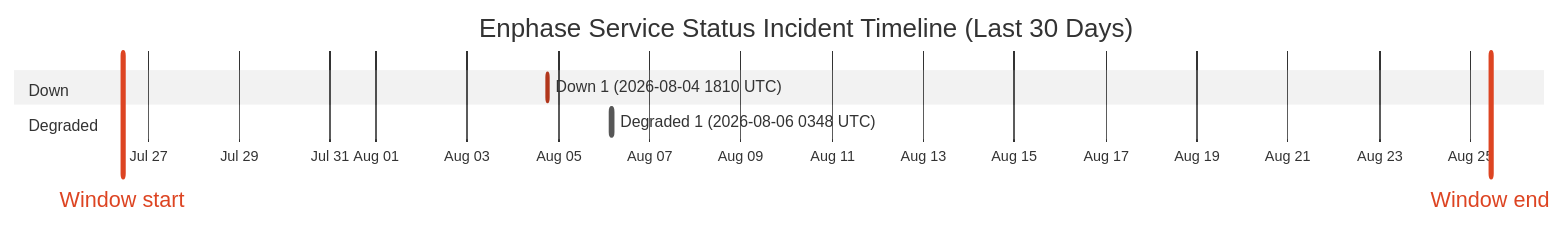
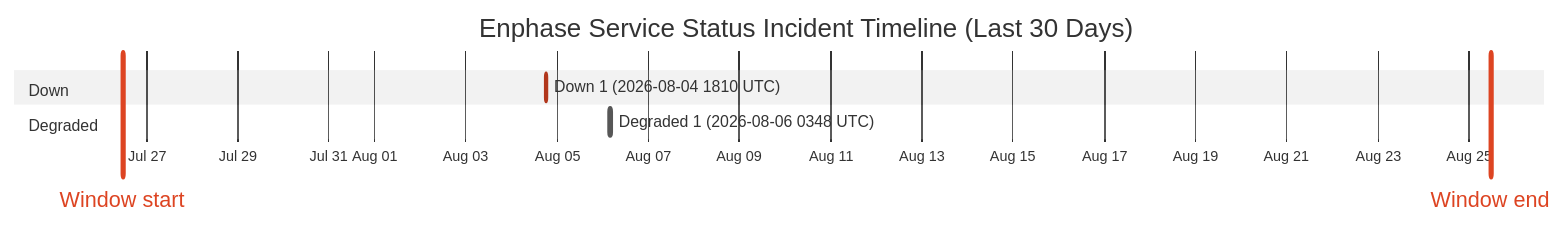
Before and after one commit to barneyonline/ha-enphase-energy: the diagram in wiki/Service-Status-History.md, drawn with Mermaid (neutral theme). The commit also changed other lines of this file and 3 other files, not shown here.

````diff
--- a/wiki/Service-Status-History.md
+++ b/wiki/Service-Status-History.md
@@ -14,12 +14,12 @@
 ```mermaid
 gantt
     title Enphase Service Status Incident Timeline (Last 30 Days)
     dateFormat  YYYY-MM-DDTHH:mm:ss
     axisFormat  %b %d
-    Window start :vert, window-start, 2026-07-26T10:40:37, 0ms
-    Window end :vert, window-end, 2026-08-25T10:40:37, 0ms
+    Window start :vert, window-start, 2026-07-26T11:24:49, 0ms
+    Window end :vert, window-end, 2026-08-25T11:24:49, 0ms
     section Down
     Down 1 (2026-08-04 1810 UTC) :crit, down-1, 2026-08-04T18:10:46, 60m
     section Degraded
     Degraded 1 (2026-08-06 0348 UTC) :active, degraded-1, 2026-08-06T03:48:14, 60m
 ```
````
